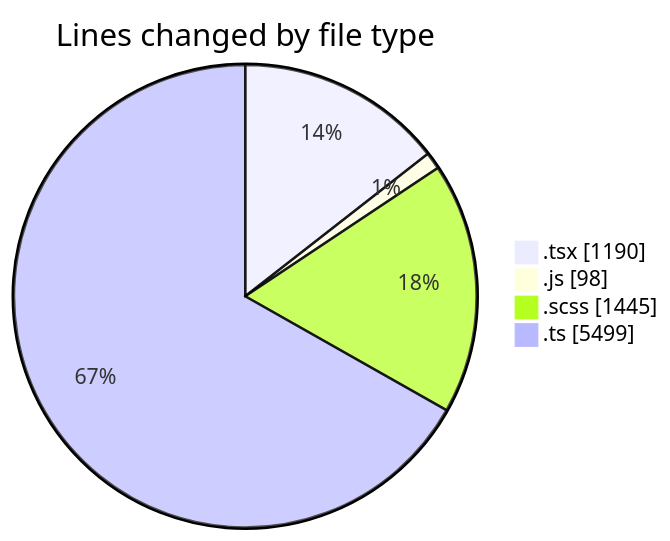
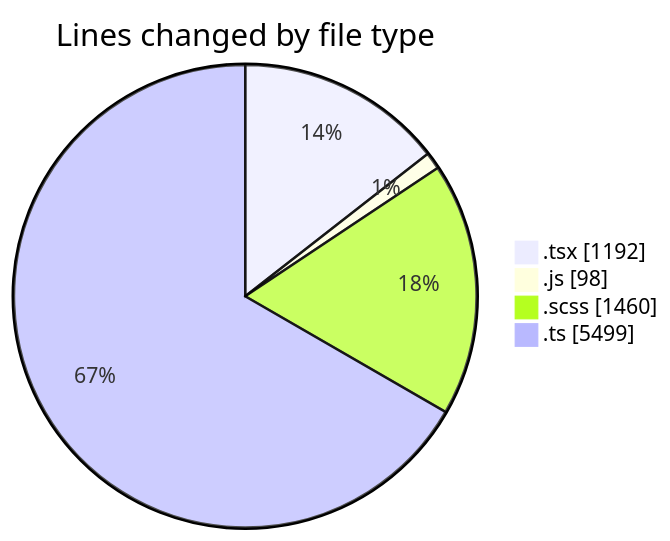
The first of 2 diagrams in 2025-03-31/cda/README.md (momahboobian/code-tracking), drawn with Mermaid before and after one commit. The commit also changed other lines of this file and 1 other file, not shown here.

````diff
--- a/2025-03-31/cda/README.md
+++ b/2025-03-31/cda/README.md
@@ -39,8 +39,8 @@
 ```mermaid
 pie showData
 title Lines changed by file type
-".tsx" : 1190
+".tsx" : 1192
 ".js" : 98
-".scss" : 1445
+".scss" : 1460
 ".ts" : 5499
 ```
````
